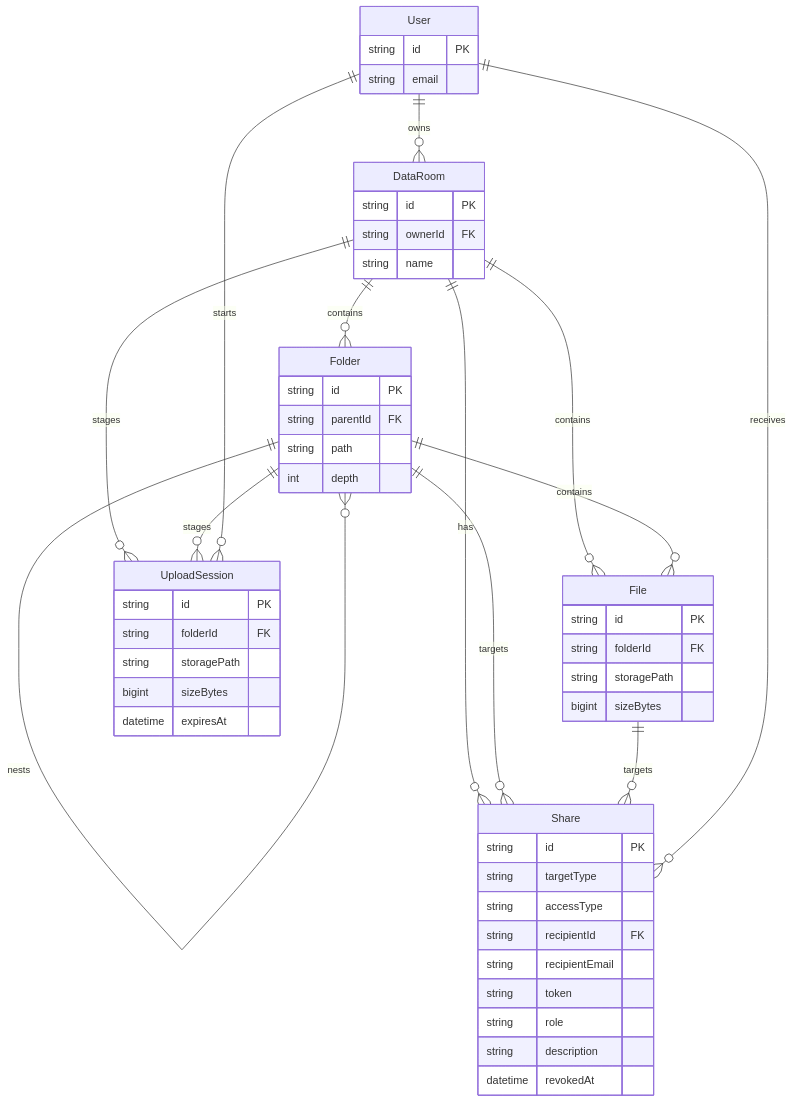
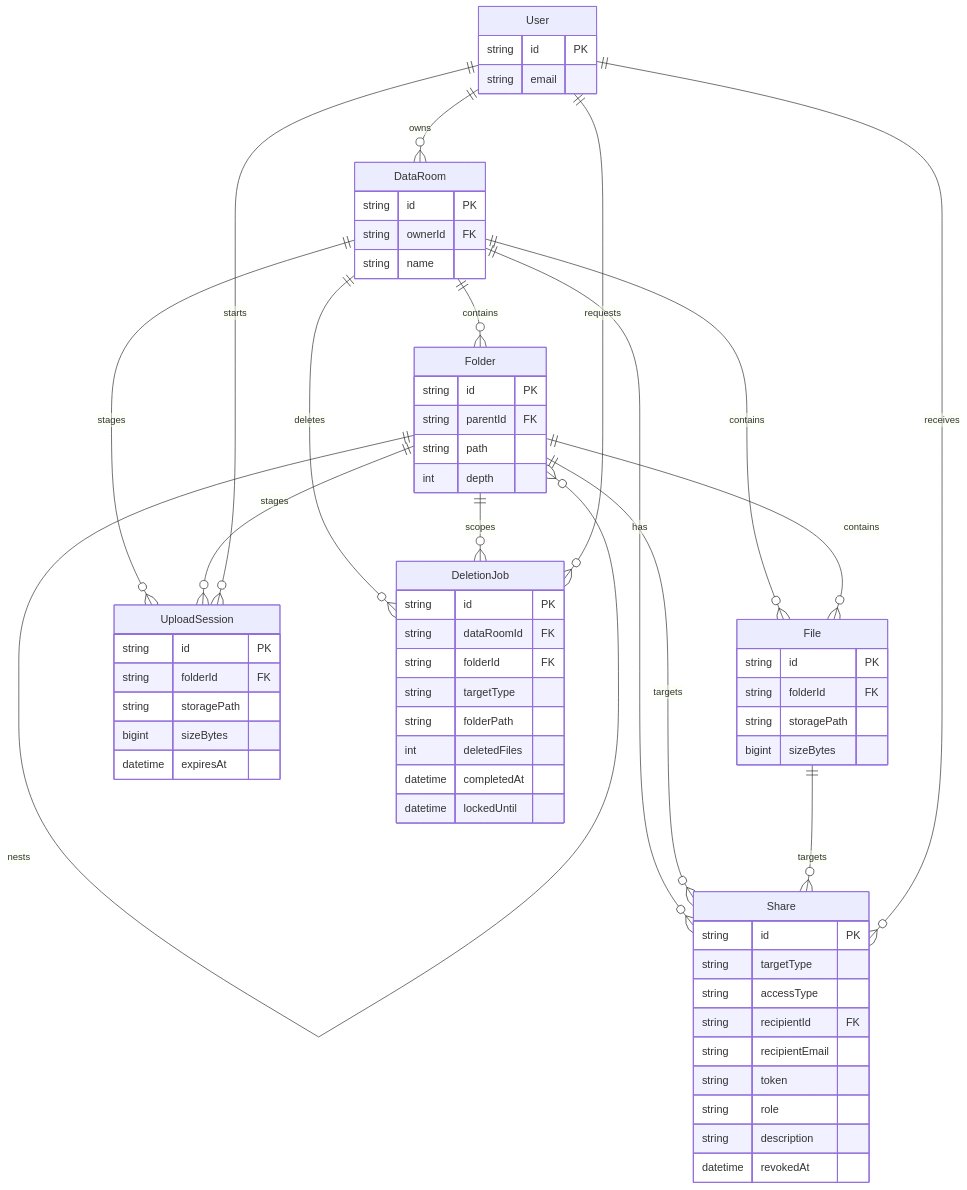
One commit to theIvanChornyi/acme-data-room changed the diagram in README.md. Above: the diagram before and after it, drawn with Mermaid. The commit also changed other lines of this file and 16 other files, not shown here.

````diff
--- a/README.md
+++ b/README.md
@@ -93,22 +94,26 @@
 ```mermaid
 erDiagram
   User ||--o{ DataRoom : owns
   DataRoom ||--o{ Folder : contains
   DataRoom ||--o{ File : contains
   DataRoom ||--o{ UploadSession : stages
+  DataRoom ||--o{ DeletionJob : deletes
   Folder ||--o{ Folder : nests
   Folder ||--o{ File : contains
   Folder ||--o{ UploadSession : stages
+  Folder ||--o{ DeletionJob : scopes
   DataRoom ||--o{ Share : has
   Folder ||--o{ Share : targets
   File ||--o{ Share : targets
   User ||--o{ Share : receives
   User ||--o{ UploadSession : starts
+  User ||--o{ DeletionJob : requests
 
   User { string id PK string email }
   DataRoom { string id PK string ownerId FK string name }
   Folder { string id PK string parentId FK string path int depth }
   File { string id PK string folderId FK string storagePath bigint sizeBytes }
   UploadSession { string id PK string folderId FK string storagePath bigint sizeBytes datetime expiresAt }
+  DeletionJob { string id PK string dataRoomId FK string folderId FK string targetType string folderPath int deletedFiles datetime completedAt datetime lockedUntil }
   Share { string id PK string targetType string accessType string recipientId FK string recipientEmail string token string role string description datetime revokedAt }
 ```
````
